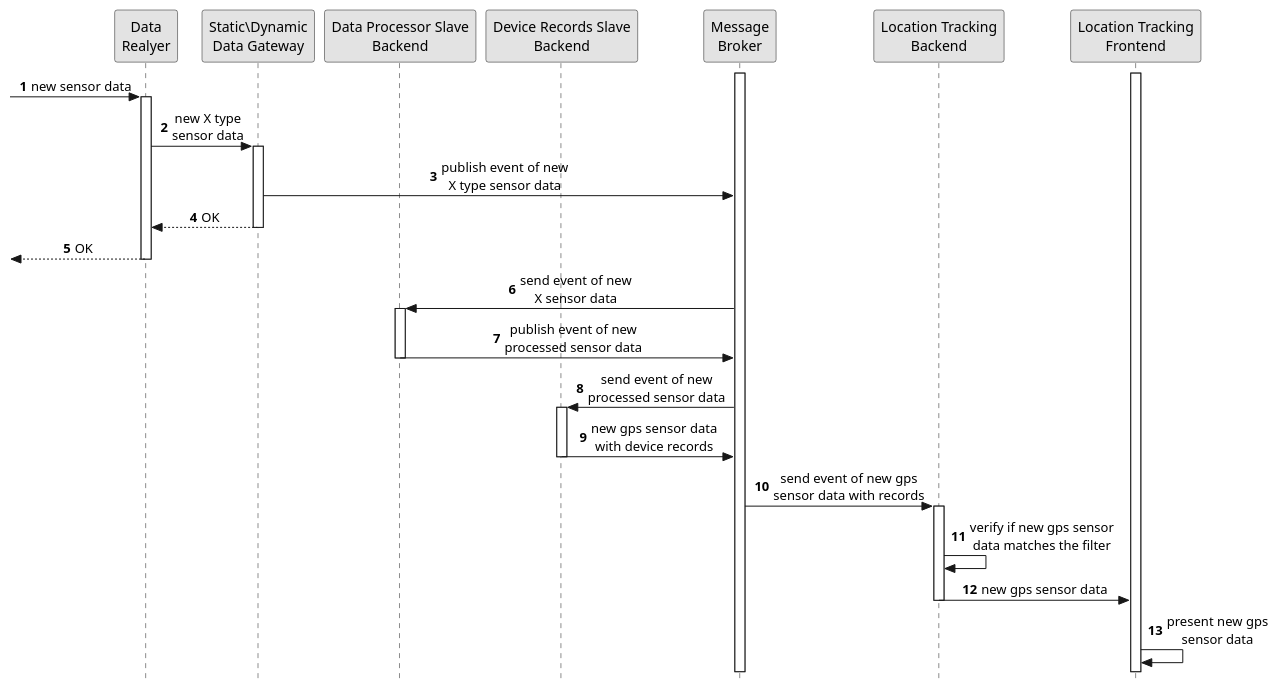
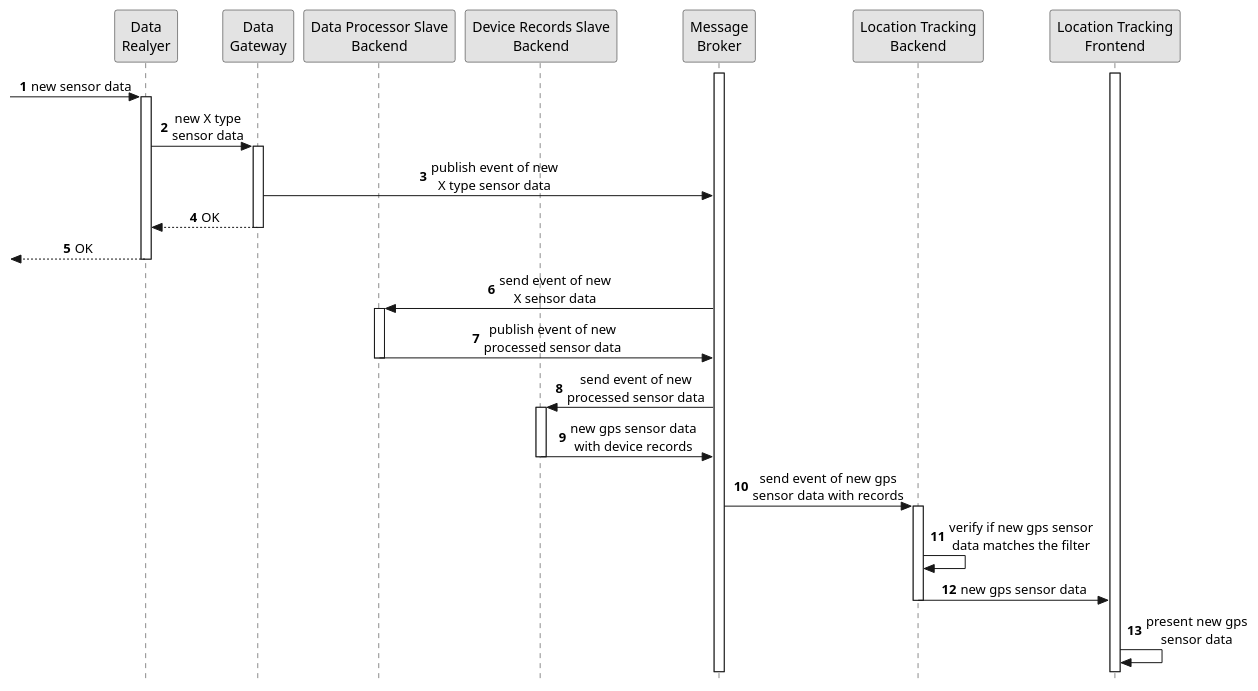
Before and after one commit to FilipeMCruz/sensae-console: the diagram in docs/diagrams/process-view-level2-uc02.pu, drawn with PlantUML. The commit also changed 82 other files, not shown here.

Commit message:
Changed dynamic data gateway to data gateway, removed static data gateway

```diff
--- a/docs/diagrams/process-view-level2-uc02.pu
+++ b/docs/diagrams/process-view-level2-uc02.pu
@@ -1,55 +1,55 @@
 @startuml process-view-level2-uc02
 
 skinparam Monochrome true
 skinparam sequenceMessageAlign center
 skinparam style strictuml
 hide unlinked
 
 autonumber 1
 
 participant "Data\nRealyer" as DG
-participant "Static\Dynamic\nData Gateway" as SDDG
+participant "Data\nGateway" as SDDG
 participant "Data Processor Slave\nBackend" as DPSB
 participant "Device Records Slave\nBackend" as DRSB
 participant "Message\nBroker" as MB
 participant "Location Tracking\nBackend" as LTB
 participant "Location Tracking\nFrontend" as LTF
 
 activate MB
 activate LTF
 
 -> DG : new sensor data
 activate DG
 
 DG -> SDDG : new X type\nsensor data
 activate SDDG
 
 SDDG -> MB : publish event of new\nX type sensor data
 
 DG <-- SDDG : OK
 deactivate SDDG
 
 <-- DG : OK
 deactivate DG
 
 MB -> DPSB : send event of new\nX sensor data
 activate DPSB
 
 DPSB -> MB : publish event of new\nprocessed sensor data
 deactivate DPSB
 
 MB -> DRSB : send event of new\nprocessed sensor data
 activate DRSB
 
 DRSB -> MB : new gps sensor data\nwith device records
 deactivate DRSB
 
 MB -> LTB : send event of new gps\nsensor data with records
 activate LTB
 
 LTB -> LTB : verify if new gps sensor\ndata matches the filter 
 LTB -> LTF : new gps sensor data
 deactivate LTB
 LTF -> LTF : present new gps\nsensor data
 
 @enduml
```
